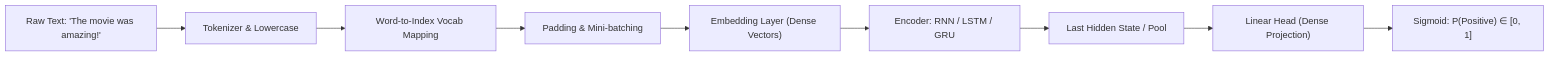
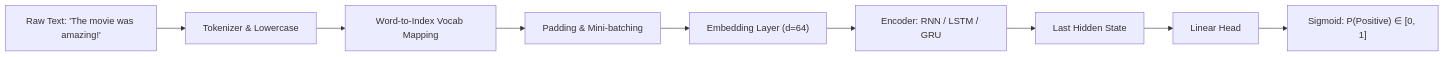
One commit to navyadeshmukh/NFT-LAB changed the fifth of 6 diagrams in README.md. Above: the diagram before and after it, drawn with Mermaid. The commit also changed other lines of this file and 7 other files, not shown here.

Commit message:
feat: add Graph Convolutional Network (GCN) model, training pipeline, and benchmark on Cora

````diff
--- a/README.md
+++ b/README.md
@@ -196,11 +248,11 @@
 ```mermaid
 flowchart LR
     Raw["Raw Text: 'The movie was amazing!'"] --> Tokenize["Tokenizer & Lowercase"]
     Tokenize --> VocabMap["Word-to-Index Vocab Mapping"]
     VocabMap --> Pad["Padding & Mini-batching"]
-    Pad --> Emb["Embedding Layer (Dense Vectors)"]
+    Pad --> Emb["Embedding Layer (d=64)"]
     Emb --> Recurrent["Encoder: RNN / LSTM / GRU"]
-    Recurrent --> Pooling["Last Hidden State / Pool"]
-    Pooling --> Linear["Linear Head (Dense Projection)"]
+    Recurrent --> Pooling["Last Hidden State"]
+    Pooling --> Linear["Linear Head"]
     Linear --> Sigmoid["Sigmoid: P(Positive) ∈ [0, 1]"]
 ```
````
